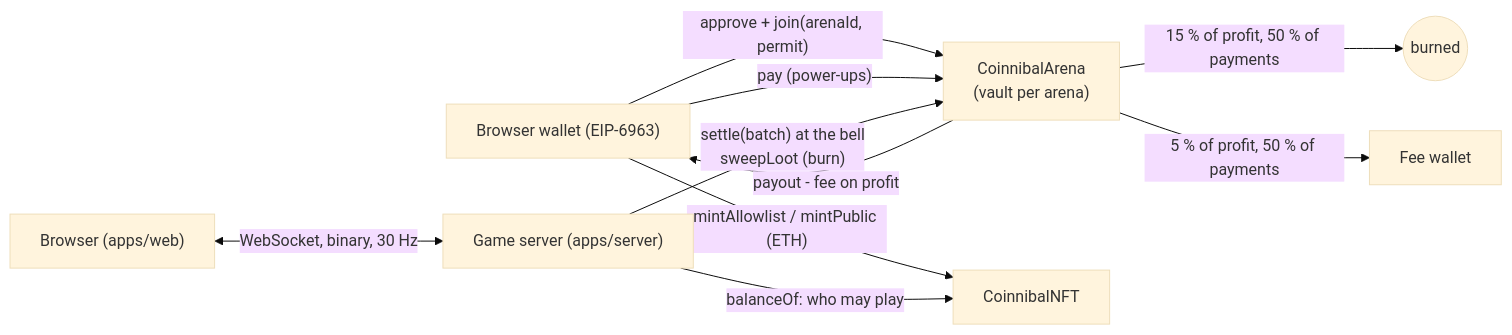
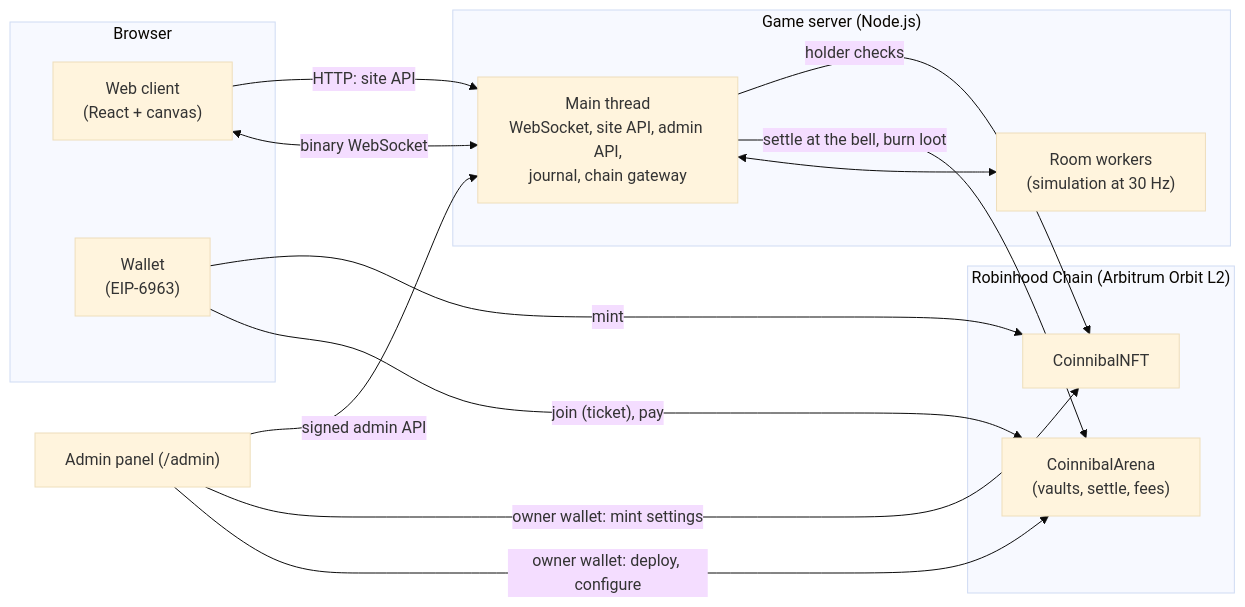
The diagram in README.md (CoinnibalFun/Coinnibal), drawn with Mermaid (base theme) before and after one commit. The commit also changed other lines of this file and 11 other files, not shown here.

````diff
--- a/README.md
+++ b/README.md
@@ -70,12 +94,27 @@
 ```mermaid
 flowchart LR
-  W["Browser wallet (EIP-6963)"] -- "approve + join(arenaId, permit)" --> A["CoinnibalArena<br/>(vault per arena)"]
-  W -- "pay (power-ups)" --> A
-  W -- "mintAllowlist / mintPublic (ETH)" --> N["CoinnibalNFT"]
-  B["Browser (apps/web)"] <-- "WebSocket, binary, 30 Hz" --> S["Game server (apps/server)"]
-  S -- "settle(batch) at the bell<br/>sweepLoot (burn)" --> A
-  S -- "balanceOf: who may play" --> N
-  A -- "payout - fee on profit" --> W
-  A -- "15 % of profit, 50 % of payments" --> D(("burned"))
-  A -- "5 % of profit, 50 % of payments" --> F["Fee wallet"]
+  subgraph Browser
+    W["Web client<br/>(React + canvas)"]
+    WAL["Wallet<br/>(EIP-6963)"]
+  end
+  subgraph Server["Game server (Node.js)"]
+    M["Main thread<br/>WebSocket, site API, admin API,<br/>journal, chain gateway"]
+    R["Room workers<br/>(simulation at 30 Hz)"]
+  end
+  subgraph Chain["Robinhood Chain (Arbitrum Orbit L2)"]
+    A["CoinnibalArena<br/>(vaults, settle, fees)"]
+    N["CoinnibalNFT"]
+  end
+  ADM["Admin panel (/admin)"]
+
+  W <-- "binary WebSocket" --> M
+  M <--> R
+  W -- "HTTP: site API" --> M
+  WAL -- "join (ticket), pay" --> A
+  WAL -- "mint" --> N
+  M -- "settle at the bell, burn loot" --> A
+  M -- "holder checks" --> N
+  ADM -- "owner wallet: deploy, configure" --> A
+  ADM -- "owner wallet: mint settings" --> N
+  ADM -- "signed admin API" --> M
 ```
````
